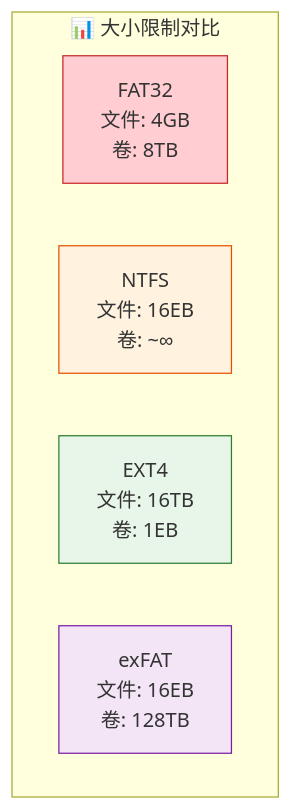
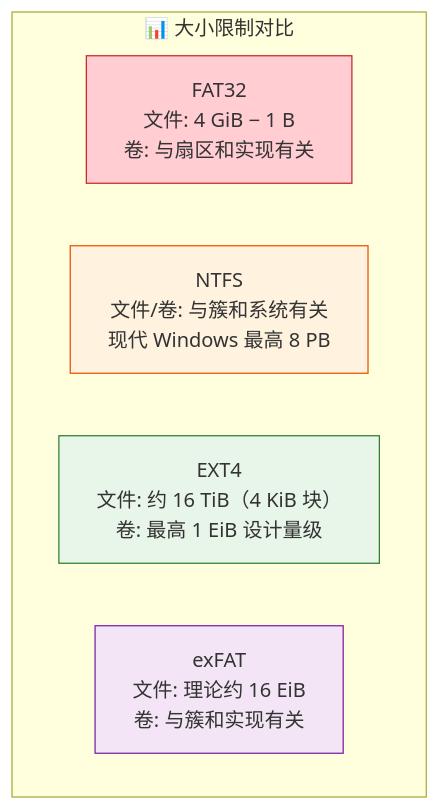
The second of 4 diagrams in Docker/06-文件系统解析.md (SongF0140/blog_knowledge), drawn with Mermaid before and after one commit. The commit also changed other lines of this file and 12 other files, not shown here.

````diff
--- a/Docker/06-文件系统解析.md
+++ b/Docker/06-文件系统解析.md
@@ -199,15 +197,15 @@
 ```mermaid
 flowchart TD
     subgraph LIMITS["📊 大小限制对比"]
         direction LR
-        FAT32_L["FAT32<br/>文件: 4GB<br/>卷: 8TB"]
-        NTFS_L["NTFS<br/>文件: 16EB<br/>卷: ~∞"]
-        EXT4_L["EXT4<br/>文件: 16TB<br/>卷: 1EB"]
-        EXFAT_L["exFAT<br/>文件: 16EB<br/>卷: 128TB"]
+        FAT32_L["FAT32<br/>文件: 4 GiB − 1 B<br/>卷: 与扇区和实现有关"]
+        NTFS_L["NTFS<br/>文件/卷: 与簇和系统有关<br/>现代 Windows 最高 8 PB"]
+        EXT4_L["EXT4<br/>文件: 约 16 TiB（4 KiB 块）<br/>卷: 最高 1 EiB 设计量级"]
+        EXFAT_L["exFAT<br/>文件: 理论约 16 EiB<br/>卷: 与簇和实现有关"]
     end
 
     style FAT32_L fill:#ffcdd2,stroke:#c62828
     style NTFS_L fill:#fff3e0,stroke:#e65100
     style EXT4_L fill:#e8f5e9,stroke:#2e7d32
     style EXFAT_L fill:#f3e5f5,stroke:#7b1fa2
 ```
````
